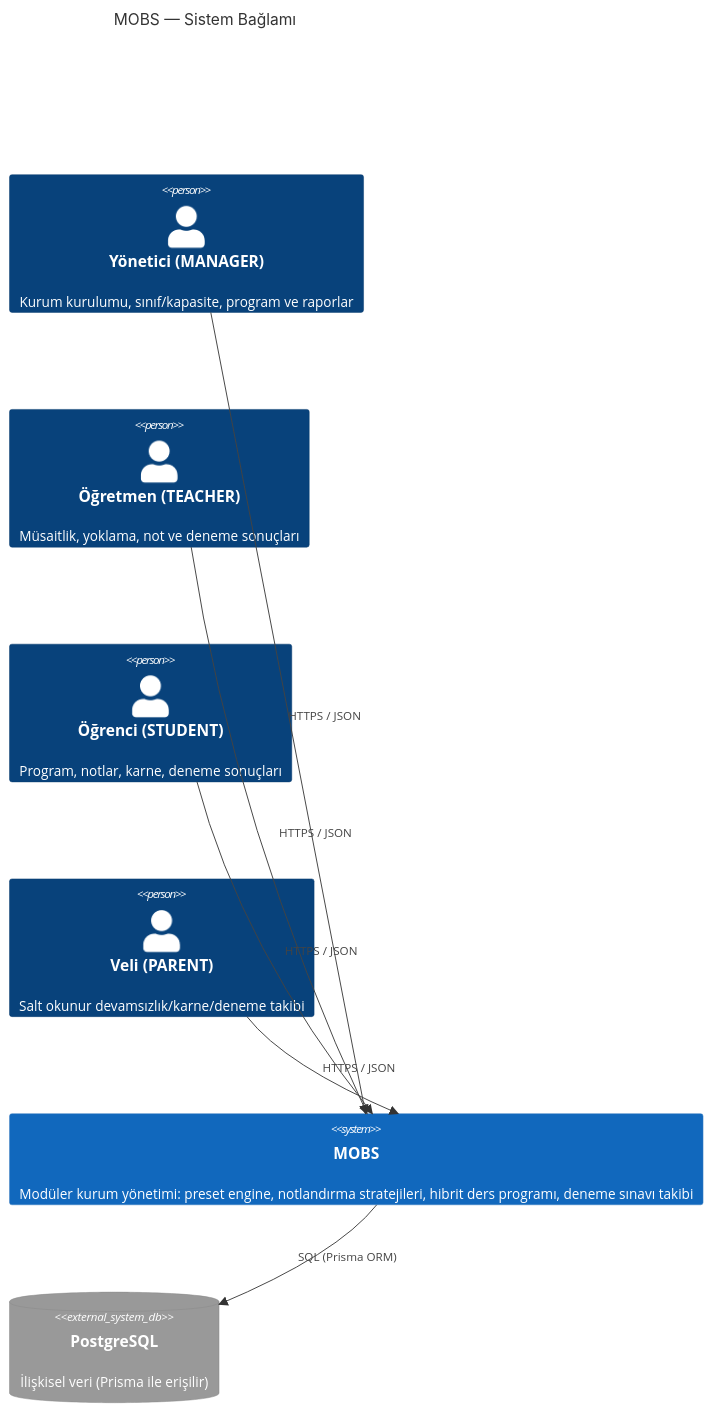
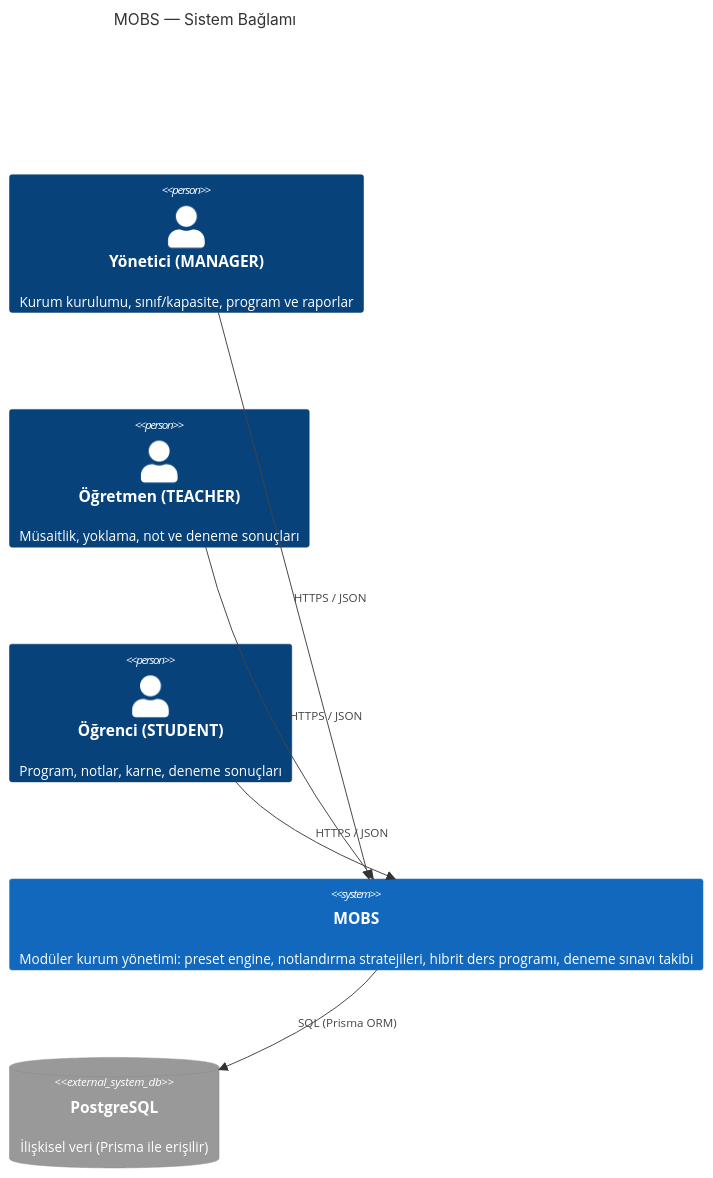
Before and after one commit to K1llly/MOBS: the first of 6 diagrams in docs/architecture/README.md, drawn with Mermaid. The commit also changed 18 other files, not shown here.

First line of the commit message:
refactor: PARENT (veli) rolunu tamamen kaldir, yonetici olusturmayi ekle

````diff
--- a/docs/architecture/README.md
+++ b/docs/architecture/README.md
@@ -8,19 +8,17 @@
 ```mermaid
 C4Context
   title MOBS — Sistem Bağlamı
 
   Person(manager, "Yönetici (MANAGER)", "Kurum kurulumu, sınıf/kapasite, program ve raporlar")
   Person(teacher, "Öğretmen (TEACHER)", "Müsaitlik, yoklama, not ve deneme sonuçları")
   Person(student, "Öğrenci (STUDENT)", "Program, notlar, karne, deneme sonuçları")
-  Person(parent, "Veli (PARENT)", "Salt okunur devamsızlık/karne/deneme takibi")
 
   System(mobs, "MOBS", "Modüler kurum yönetimi: preset engine, notlandırma stratejileri, hibrit ders programı, deneme sınavı takibi")
 
   SystemDb_Ext(postgres, "PostgreSQL", "İlişkisel veri (Prisma ile erişilir)")
 
   Rel(manager, mobs, "HTTPS / JSON")
   Rel(teacher, mobs, "HTTPS / JSON")
   Rel(student, mobs, "HTTPS / JSON")
-  Rel(parent, mobs, "HTTPS / JSON")
   Rel(mobs, postgres, "SQL (Prisma ORM)")
 ```
````
